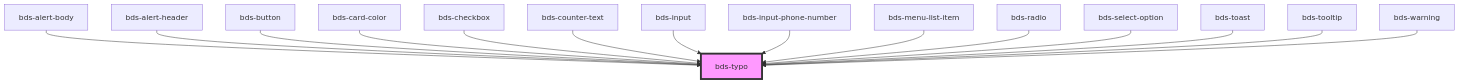
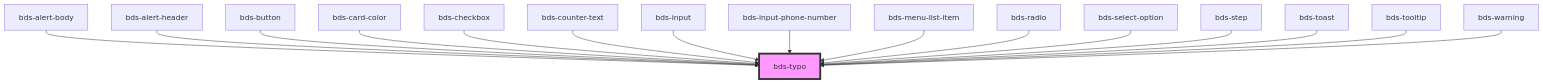
One commit to takenet/blip-ds changed the diagram in src/components/typo/readme.md. Above: the diagram before and after it, drawn with Mermaid. The commit also changed other lines of this file and 10 other files, not shown here.

````diff
--- a/src/components/typo/readme.md
+++ b/src/components/typo/readme.md
@@ -41,18 +42,19 @@
 ```mermaid
 graph TD;
   bds-alert-body --> bds-typo
   bds-alert-header --> bds-typo
   bds-button --> bds-typo
   bds-card-color --> bds-typo
   bds-checkbox --> bds-typo
   bds-counter-text --> bds-typo
   bds-input --> bds-typo
   bds-input-phone-number --> bds-typo
   bds-menu-list-item --> bds-typo
   bds-radio --> bds-typo
   bds-select-option --> bds-typo
+  bds-step --> bds-typo
   bds-toast --> bds-typo
   bds-tooltip --> bds-typo
   bds-warning --> bds-typo
   style bds-typo fill:#f9f,stroke:#333,stroke-width:4px
 ```
````
